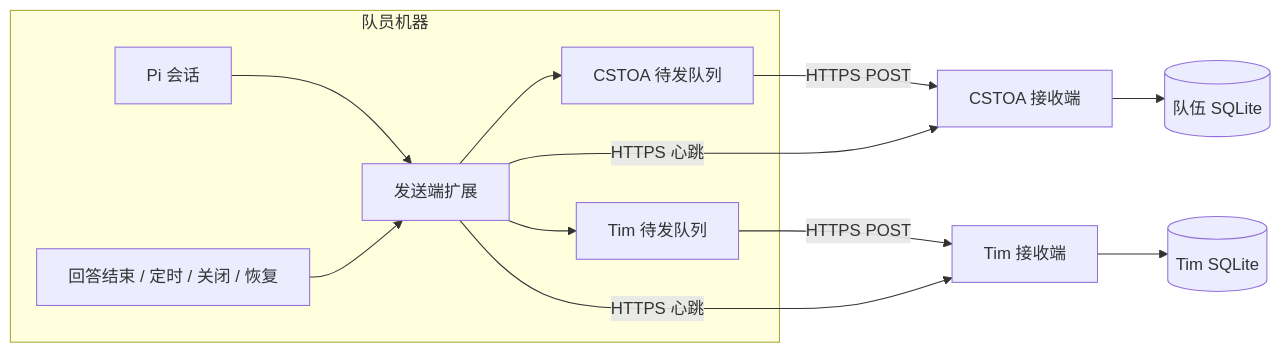
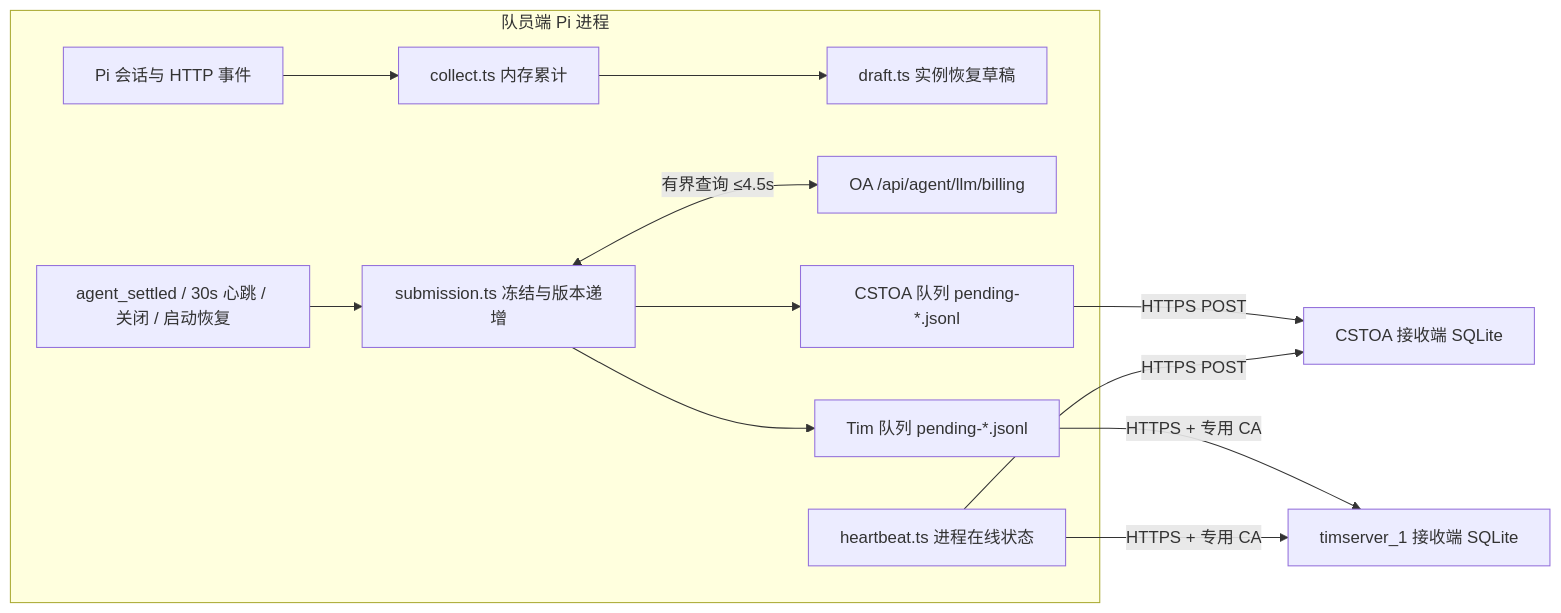
Before and after one commit to SCAU-Computer-Serving-Team/cst-pilot: the diagram in doc/telemetry/architecture.md, drawn with Mermaid. The commit also changed other lines of this file and 177 other files, not shown here.

````diff
--- a/doc/telemetry/architecture.md
+++ b/doc/telemetry/architecture.md
@@ -14,15 +7,14 @@
 ```mermaid
 flowchart LR
-    subgraph member[队员机器]
-        pi[Pi 会话] --> sender[发送端扩展]
-        triggers[回答结束 / 定时 / 关闭 / 恢复] --> sender
-        sender --> oaQueue[CSTOA 待发队列]
-        sender --> timQueue[Tim 待发队列]
+    subgraph Client[队员端 Pi 进程]
+        Events[Pi 会话与 HTTP 事件] --> Collect[collect.ts 内存累计]
+        Collect --> Draft[draft.ts 实例恢复草稿]
+        Triggers[agent_settled / 30s 心跳 / 关闭 / 启动恢复] --> Submit[submission.ts 冻结与版本递增]
+        Submit <-->|有界查询 ≤4.5s| Bill[OA /api/agent/llm/billing]
+        Submit --> Q1[CSTOA 队列 pending-*.jsonl]
+        Submit --> Q2[Tim 队列 pending-*.jsonl]
+        HB[heartbeat.ts 进程在线状态]
     end
-    oaQueue -- HTTPS POST --> oa[CSTOA 接收端]
-    timQueue -- HTTPS POST --> tim[Tim 接收端]
-    sender -- HTTPS 心跳 --> oa
-    sender -- HTTPS 心跳 --> tim
-    oa --> oaDB[(队伍 SQLite)]
-    tim --> timDB[(Tim SQLite)]
+    Q1 & HB -->|HTTPS POST| R1[CSTOA 接收端 SQLite]
+    Q2 & HB -->|HTTPS + 专用 CA| R2[timserver_1 接收端 SQLite]
 ```
````
